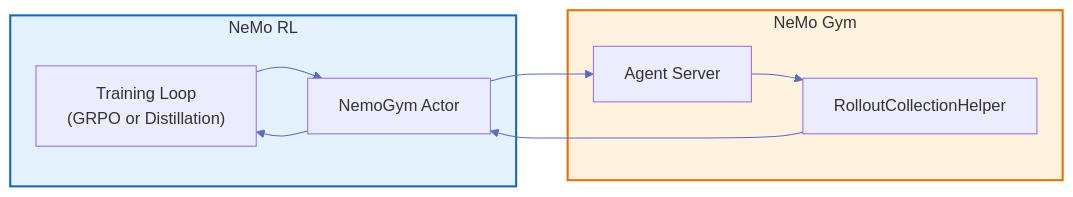
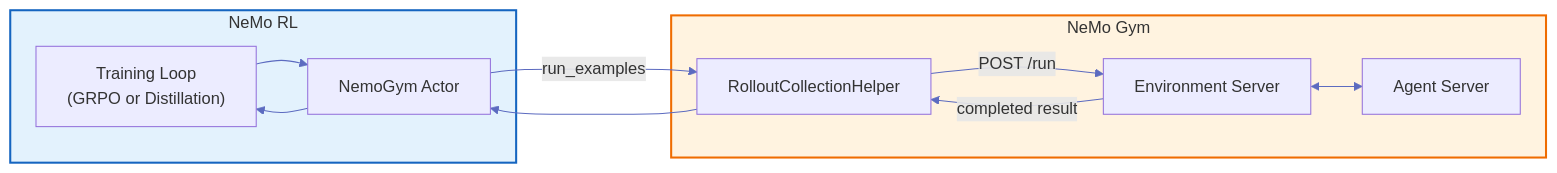
One commit to NVIDIA-NeMo/RL changed the second of 5 diagrams in docs/design-docs/nemo-gym-integration.md. Above: the diagram before and after it, drawn with Mermaid. The commit also changed other lines of this file and 8 other files, not shown here.

````diff
--- a/docs/design-docs/nemo-gym-integration.md
+++ b/docs/design-docs/nemo-gym-integration.md
@@ -174,22 +208,25 @@
 ```mermaid
 %%{init: {'theme': 'default', 'themeVariables': { 'lineColor': '#5c6bc0', 'primaryTextColor': '#333'}}}%%
 flowchart LR
     subgraph RL["NeMo RL"]
         Loop["Training Loop<br/>(GRPO or Distillation)"]
         Actor["NemoGym Actor"]
     end
     
     subgraph Gym["NeMo Gym"]
         RCH["RolloutCollectionHelper"]
+        Environment["Environment Server"]
         Agent["Agent Server"]
     end
     
     Loop --> Actor
-    Actor --> Agent
-    Agent --> RCH
+    Actor -->|run_examples| RCH
+    RCH -->|POST /run| Environment
+    Environment <--> Agent
+    Environment -->|completed result| RCH
     RCH --> Actor
     Actor --> Loop
 
     style RL fill:#e3f2fd,stroke:#1565c0,stroke-width:2px
     style Gym fill:#fff3e0,stroke:#ef6c00,stroke-width:2px
 ```
````
